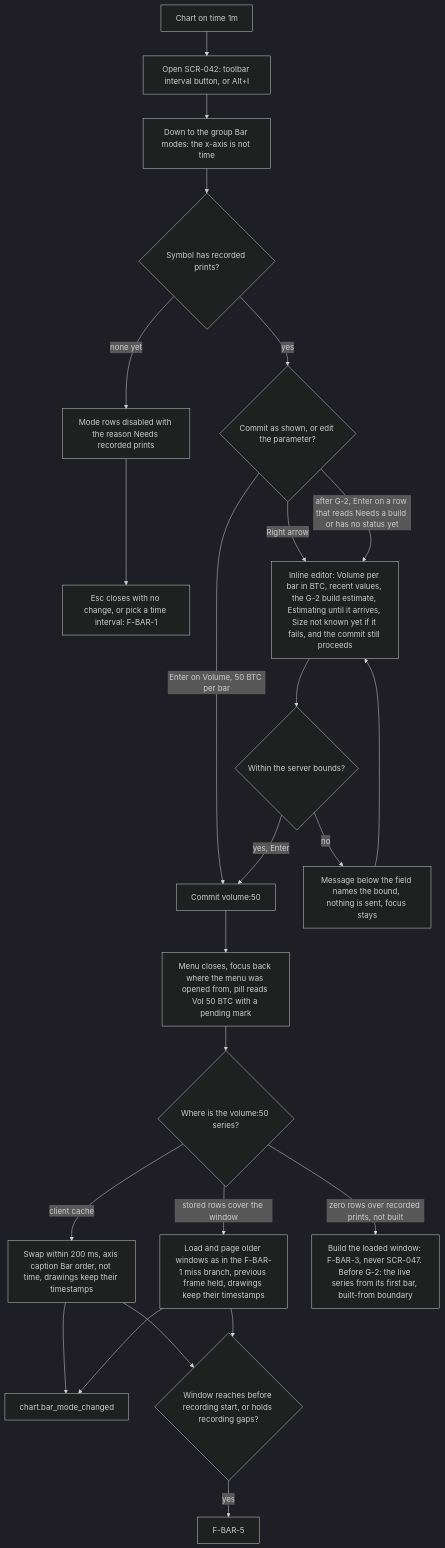
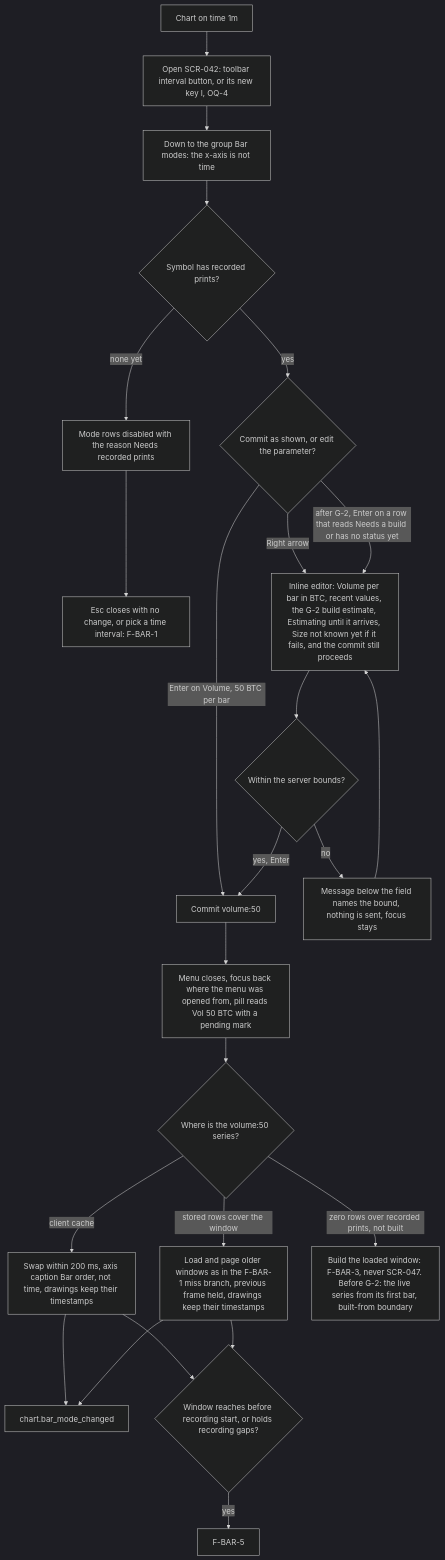
One commit to CandleViewer/CandleViewer changed diagram 27 of 30 in docs/plan/13-user-flows.md. Above: the diagram before and after it, drawn with Mermaid (dark theme). The commit also changed other lines of this file and 1 other file, not shown here.

First line of the commit message:
docs(chart-engine): fold the boards round into the F-BAR flows and SCR-030 matrix

````diff
--- a/docs/plan/13-user-flows.md
+++ b/docs/plan/13-user-flows.md
@@ -785,26 +785,26 @@
 ```mermaid
 flowchart TD
-  A2["Chart on time 1m"] --> B2["Open SCR-042: toolbar interval button, or Alt+I"]
+  A2["Chart on time 1m"] --> B2["Open SCR-042: toolbar interval button, or its new key I, OQ-4"]
   B2 --> C2["Down to the group Bar modes: the x-axis is not time"]
   C2 --> D2{"Symbol has recorded prints?"}
   D2 -->|none yet| E2["Mode rows disabled with the reason Needs recorded prints"]
   E2 --> F2["Esc closes with no change, or pick a time interval: F-BAR-1"]
   D2 -->|yes| G2{"Commit as shown, or edit the parameter?"}
   G2 -->|Enter on Volume, 50 BTC per bar| H2["Commit volume:50"]
   G2 -->|Right arrow| I2["Inline editor: Volume per bar in BTC, recent values, the G-2 build estimate, Estimating until it arrives, Size not known yet if it fails, and the commit still proceeds"]
   G2 -->|after G-2, Enter on a row that reads Needs a build or has no status yet| I2
   I2 --> J2{"Within the server bounds?"}
   J2 -->|no| K2["Message below the field names the bound, nothing is sent, focus stays"]
   K2 --> I2
   J2 -->|yes, Enter| H2
   H2 --> L2["Menu closes, focus back where the menu was opened from, pill reads Vol 50 BTC with a pending mark"]
   L2 --> M2{"Where is the volume:50 series?"}
   M2 -->|client cache| N2["Swap within 200 ms, axis caption Bar order, not time, drawings keep their timestamps"]
   M2 -->|stored rows cover the window| O2["Load and page older windows as in the F-BAR-1 miss branch, previous frame held, drawings keep their timestamps"]
   M2 -->|zero rows over recorded prints, not built| P2["Build the loaded window: F-BAR-3, never SCR-047. Before G-2: the live series from its first bar, built-from boundary"]
   N2 --> Q2["chart.bar_mode_changed"]
   O2 --> Q2
   N2 --> R2{"Window reaches before recording start, or holds recording gaps?"}
   O2 --> R2
   R2 -->|yes| S2["F-BAR-5"]
 ```
````
